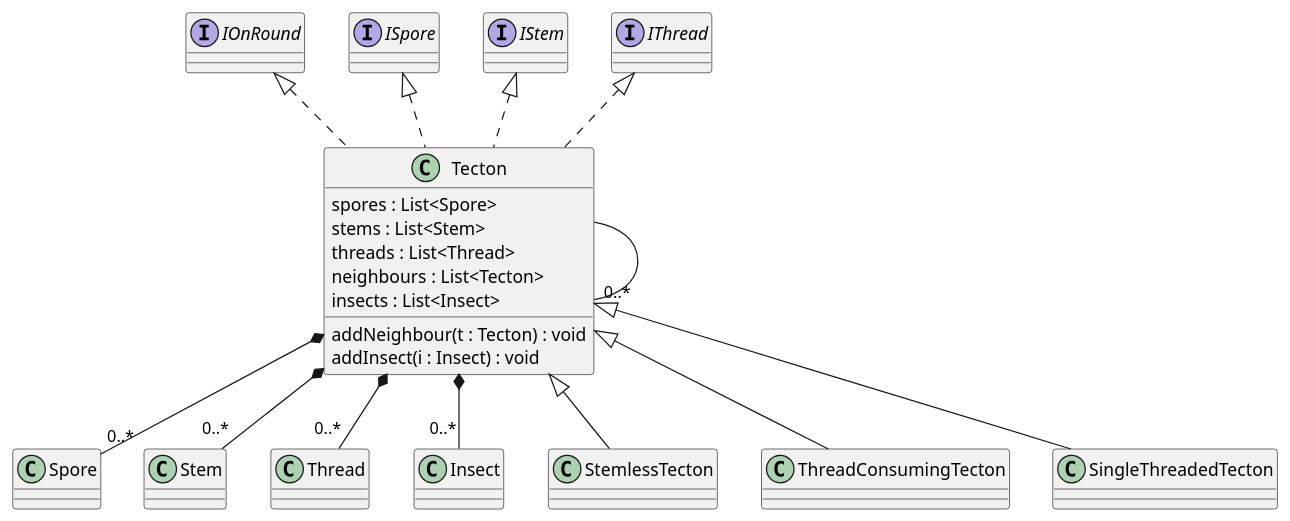
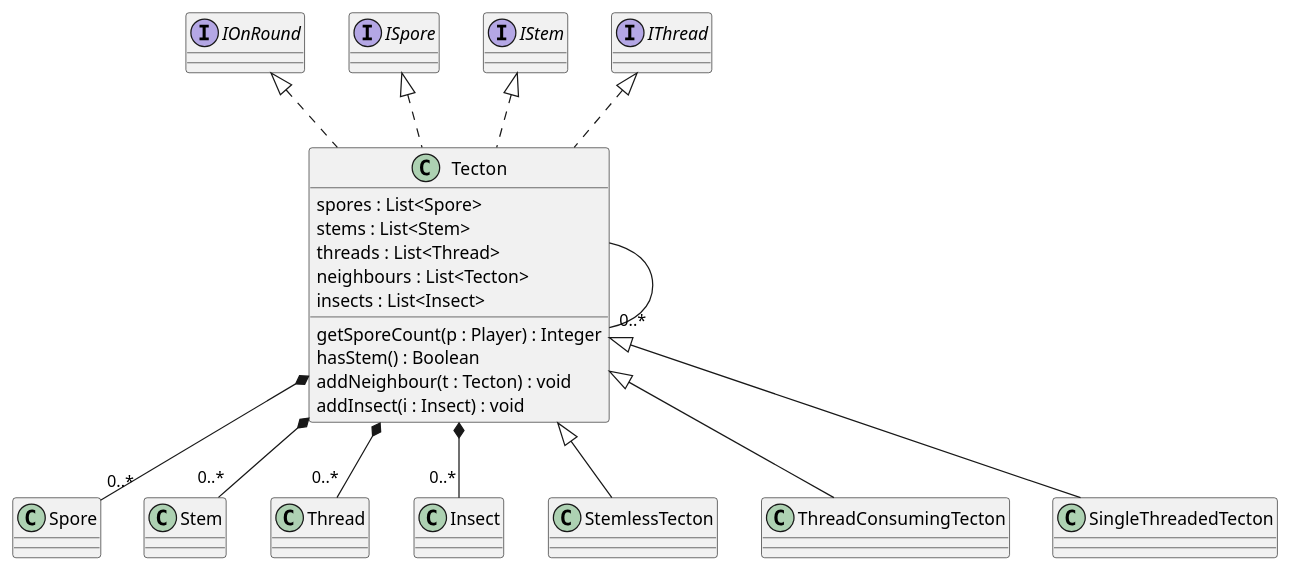
One commit to Petya-G/fungorium changed the diagram in 5/classes/map/tecton.puml. Above: the diagram before and after it, drawn with PlantUML. The commit also changed 3 other files, not shown here.

Commit message:
more diagrams

```diff
--- a/5/classes/map/tecton.puml
+++ b/5/classes/map/tecton.puml
@@ -1,21 +1,23 @@
 @startuml tecton
 
 Tecton *-- "0..*" Spore
 Tecton *-- "0..*" Stem
 Tecton *-- "0..*" Thread
 Tecton *-- "0..*" Insect
 Tecton --- "0..*" Tecton
 class Tecton implements IOnRound, ISpore, IStem, IThread{
     spores : List<Spore>
     stems : List<Stem>
     threads : List<Thread>
     neighbours : List<Tecton>
     insects : List<Insect>
+    getSporeCount(p : Player) : Integer
+    hasStem() : Boolean
     addNeighbour(t : Tecton) : void
     addInsect(i : Insect) : void
 }
 
 class StemlessTecton extends Tecton {}
 class ThreadConsumingTecton extends Tecton {}
 class SingleThreadedTecton extends Tecton {}
 @enduml
```
